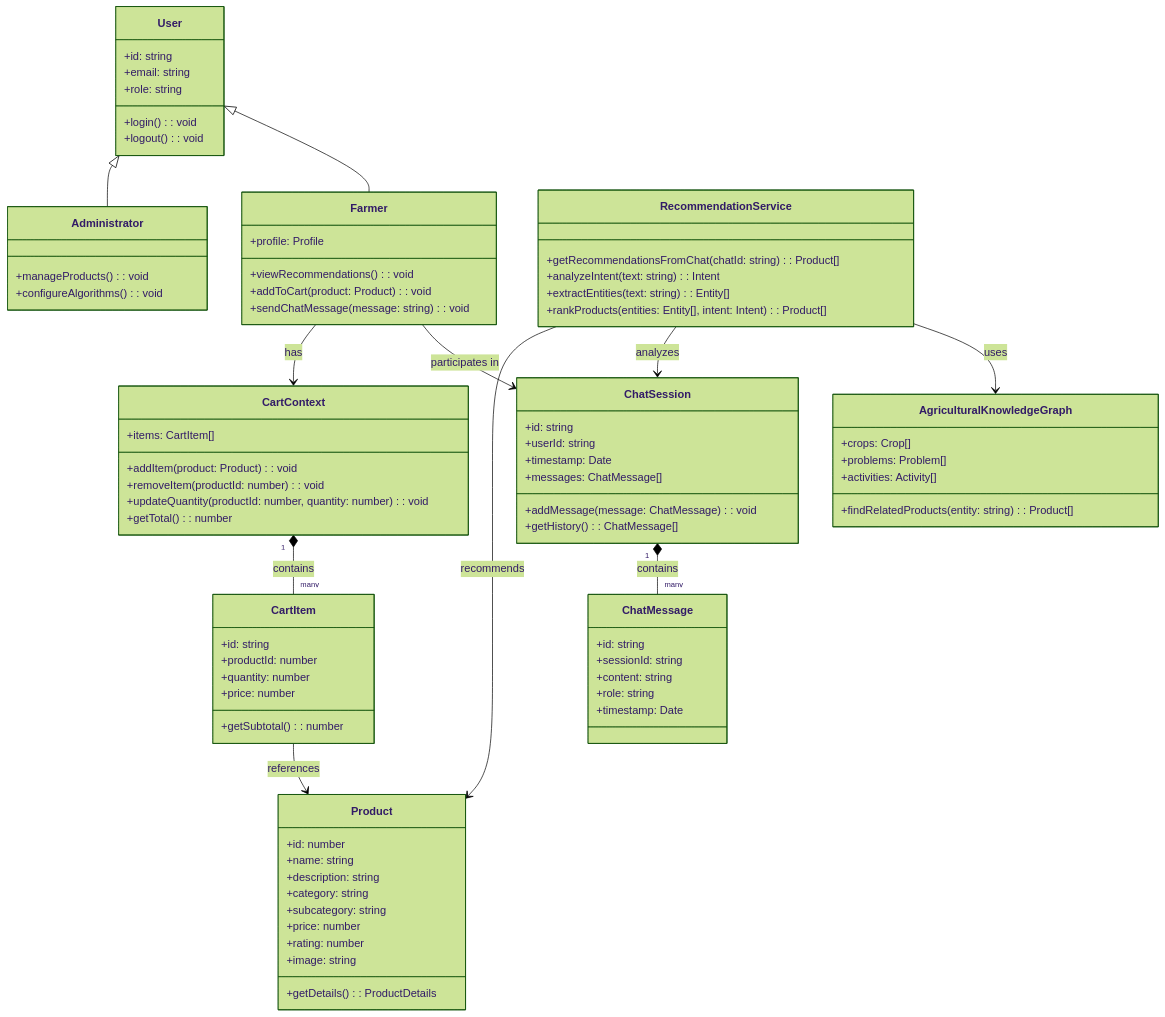
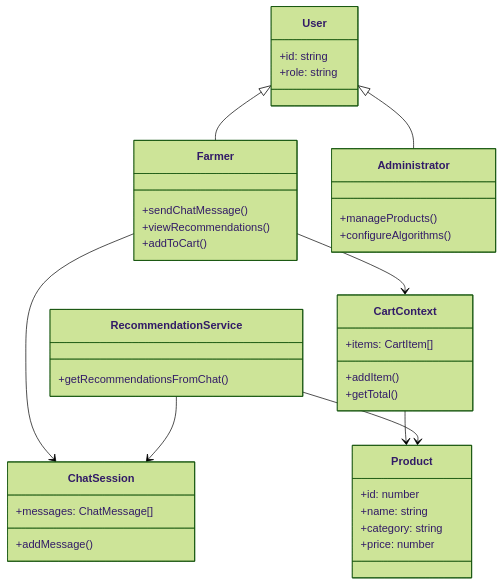
Before and after one commit to Gauravkrsah/Cropsay: the second of 7 diagrams in documentation/digram.md, drawn with Mermaid (forest theme). The commit also changed other lines of this file, not shown here.

Commit message:
Simplify and clean up system diagrams for better visualization

````diff
--- a/documentation/digram.md
+++ b/documentation/digram.md
@@ -136,94 +77,49 @@
 classDiagram
     class User {
         +id: string
-        +email: string
         +role: string
-        +login(): void
-        +logout(): void
     }
     
     class Farmer {
-        +profile: Profile
-        +viewRecommendations(): void
-        +addToCart(product: Product): void
-        +sendChatMessage(message: string): void
+        +sendChatMessage()
+        +viewRecommendations()
+        +addToCart()
     }
     
     class Administrator {
-        +manageProducts(): void
-        +configureAlgorithms(): void
+        +manageProducts()
+        +configureAlgorithms()
     }
     
     class Product {
         +id: number
         +name: string
-        +description: string
         +category: string
-        +subcategory: string
         +price: number
-        +rating: number
-        +image: string
-        +getDetails(): ProductDetails
     }
     
     class ChatSession {
-        +id: string
-        +userId: string
-        +timestamp: Date
         +messages: ChatMessage[]
-        +addMessage(message: ChatMessage): void
-        +getHistory(): ChatMessage[]
-    }
-    
-    class ChatMessage {
-        +id: string
-        +sessionId: string
-        +content: string
-        +role: string
-        +timestamp: Date
-    }
-    
-    class AgriculturalKnowledgeGraph {
-        +crops: Crop[]
-        +problems: Problem[]
-        +activities: Activity[]
-        +findRelatedProducts(entity: string): Product[]
+        +addMessage()
     }
     
     class RecommendationService {
-        +getRecommendationsFromChat(chatId: string): Product[]
-        +analyzeIntent(text: string): Intent
-        +extractEntities(text: string): Entity[]
-        +rankProducts(entities: Entity[], intent: Intent): Product[]
+        +getRecommendationsFromChat()
     }
     
     class CartContext {
         +items: CartItem[]
-        +addItem(product: Product): void
-        +removeItem(productId: number): void
-        +updateQuantity(productId: number, quantity: number): void
-        +getTotal(): number
-    }
-    
-    class CartItem {
-        +id: string
-        +productId: number
-        +quantity: number
-        +price: number
-        +getSubtotal(): number
+        +addItem()
+        +getTotal()
     }
     
     User <|-- Farmer
     User <|-- Administrator
     
-    Farmer --> ChatSession: participates in
-    ChatSession "1" *-- "many" ChatMessage: contains
+    Farmer --> ChatSession
+    Farmer --> CartContext
+    CartContext --> Product
     
-    Farmer --> CartContext: has
-    CartContext "1" *-- "many" CartItem: contains
-    CartItem --> Product: references
-    
-    RecommendationService --> AgriculturalKnowledgeGraph: uses
-    RecommendationService --> ChatSession: analyzes
-    RecommendationService --> Product: recommends
+    RecommendationService --> ChatSession
+    RecommendationService --> Product
 ```
````
